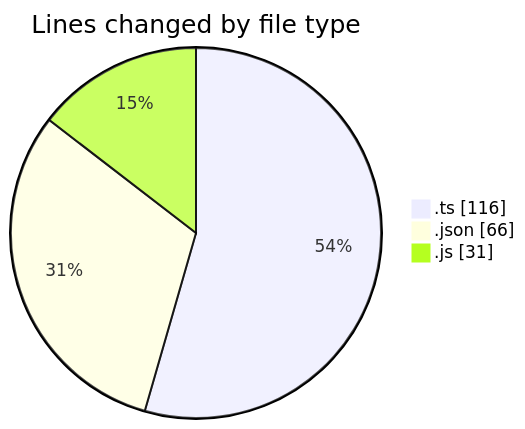
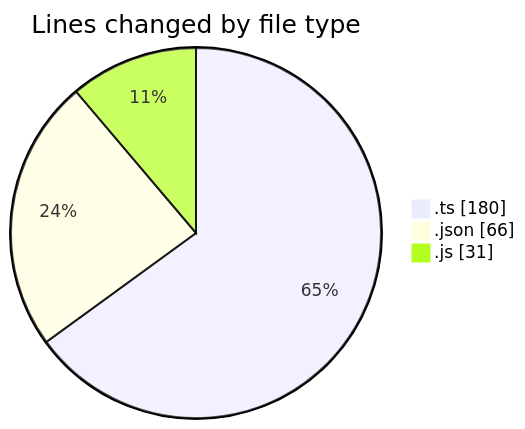
The first of 2 diagrams in 2026-02-05/singularitybrainai/README.md (tmsrecording-cyber/code-tracking), drawn with Mermaid before and after one commit. The commit also changed other lines of this file and 1 other file, not shown here.

````diff
--- a/2026-02-05/singularitybrainai/README.md
+++ b/2026-02-05/singularitybrainai/README.md
@@ -23,7 +23,7 @@
 ```mermaid
 pie showData
 title Lines changed by file type
-".ts" : 116
+".ts" : 180
 ".json" : 66
 ".js" : 31
 ```
````
